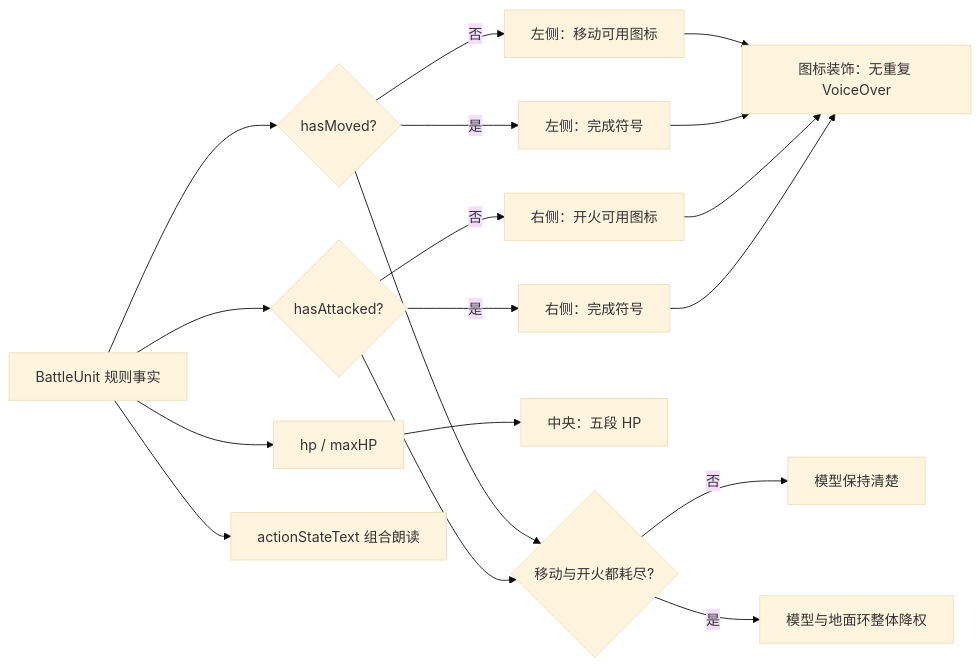
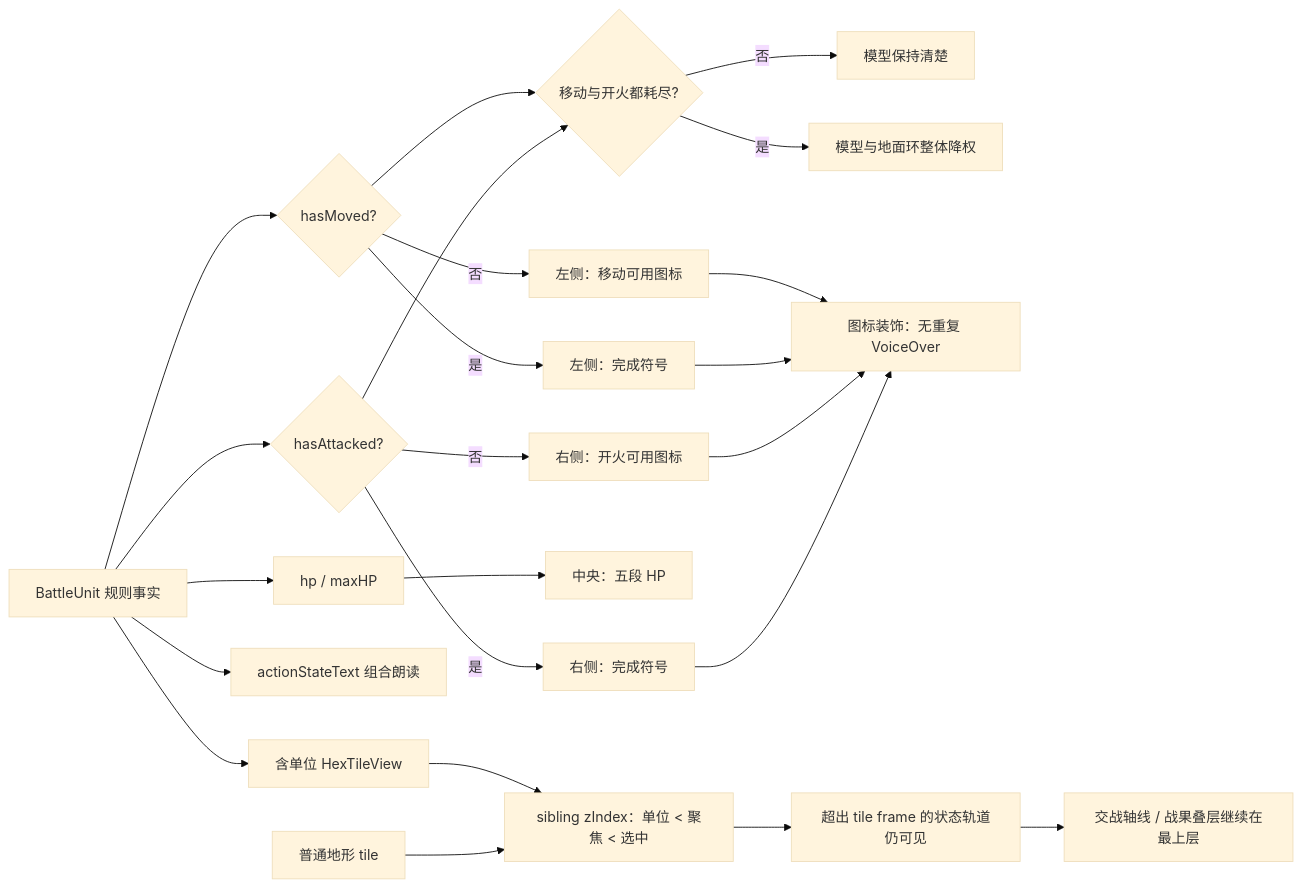
Before and after one commit to Altman-sam114/116: diagram 19 of 23 in md/flow/flowchart.md, drawn with Mermaid (base theme). The commit also changed 6 other files, not shown here.

````diff
--- a/md/flow/flowchart.md
+++ b/md/flow/flowchart.md
@@ -323,20 +323,25 @@
 ```mermaid
 flowchart LR
     Unit["BattleUnit 规则事实"] --> Moved{"hasMoved?"}
     Unit --> Attacked{"hasAttacked?"}
     Unit --> HP["hp / maxHP"]
     Moved -->|否| MoveReady["左侧：移动可用图标"]
     Moved -->|是| MoveDone["左侧：完成符号"]
     Attacked -->|否| FireReady["右侧：开火可用图标"]
     Attacked -->|是| FireDone["右侧：完成符号"]
     HP --> Health["中央：五段 HP"]
     Moved --> Both{"移动与开火都耗尽?"}
     Attacked --> Both
     Both -->|否| Clear["模型保持清楚"]
     Both -->|是| Spent["模型与地面环整体降权"]
     Unit --> VoiceOver["actionStateText 组合朗读"]
     MoveReady --> Decorative["图标装饰：无重复 VoiceOver"]
     MoveDone --> Decorative
     FireReady --> Decorative
     FireDone --> Decorative
+    Unit --> Tile["含单位 HexTileView"]
+    Tile --> Layer["sibling zIndex：单位 < 聚焦 < 选中"]
+    Terrain["普通地形 tile"] --> Layer
+    Layer --> Visible["超出 tile frame 的状态轨道仍可见"]
+    Visible --> Combat["交战轴线 / 战果叠层继续在最上层"]
 ```
````
